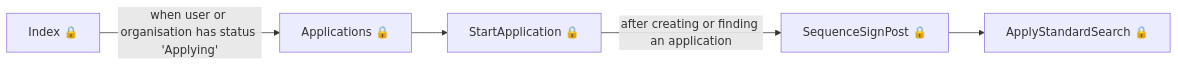
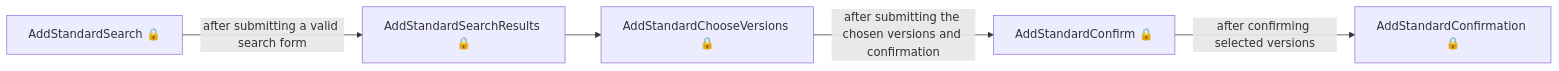
One commit to talentconsulting/atlas-dfe changed the first of 7 diagrams in das-assessor-service/user-journeys/user-journeys.md. Above: the diagram before and after it, drawn with Mermaid. The commit also changed other lines of this file and 1 other file, not shown here.

Commit message:
Update generated user journeys (#288)

````diff
--- a/das-assessor-service/user-journeys/user-journeys.md
+++ b/das-assessor-service/user-journeys/user-journeys.md
@@ -9,7 +9,7 @@
 ```mermaid
 flowchart LR
-  p0["Index 🔒"] -->|"when user or organisation has status 'Applying'"| p1["Applications 🔒"]
-  p1["Applications 🔒"] --> p2["StartApplication 🔒"]
-  p2["StartApplication 🔒"] -->|"after creating or finding an application"| p3["SequenceSignPost 🔒"]
-  p3["SequenceSignPost 🔒"] --> p4["ApplyStandardSearch 🔒"]
+  p0["AddStandardSearch 🔒"] -->|"after submitting a valid search form"| p1["AddStandardSearchResults 🔒"]
+  p1["AddStandardSearchResults 🔒"] --> p2["AddStandardChooseVersions 🔒"]
+  p2["AddStandardChooseVersions 🔒"] -->|"after submitting the chosen versions and confirmation"| p3["AddStandardConfirm 🔒"]
+  p3["AddStandardConfirm 🔒"] -->|"after confirming selected versions"| p4["AddStandardConfirmation 🔒"]
 ```
````
